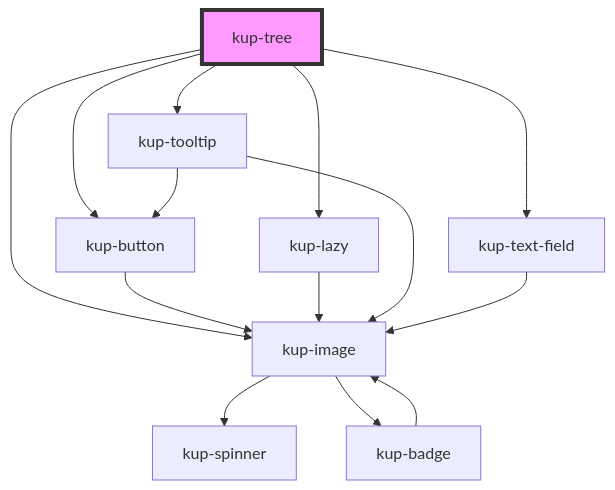
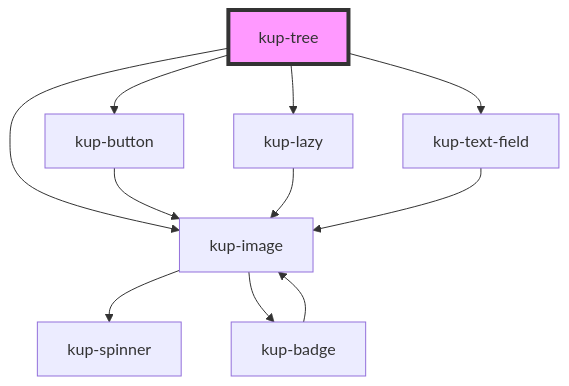
The diagram in packages/ketchup/src/components/kup-tree/readme.md (smeup/ketchup), drawn with Mermaid before and after one commit. The commit also changed other lines of this file and 3 other files, not shown here.

````diff
--- a/packages/ketchup/src/components/kup-tree/readme.md
+++ b/packages/ketchup/src/components/kup-tree/readme.md
@@ -119,17 +116,14 @@
 ```mermaid
 graph TD;
   kup-tree --> kup-button
   kup-tree --> kup-lazy
-  kup-tree --> kup-tooltip
   kup-tree --> kup-image
   kup-tree --> kup-text-field
   kup-button --> kup-image
   kup-image --> kup-spinner
   kup-image --> kup-badge
   kup-badge --> kup-image
   kup-lazy --> kup-image
-  kup-tooltip --> kup-button
-  kup-tooltip --> kup-image
   kup-text-field --> kup-image
   style kup-tree fill:#f9f,stroke:#333,stroke-width:4px
 ```
````
